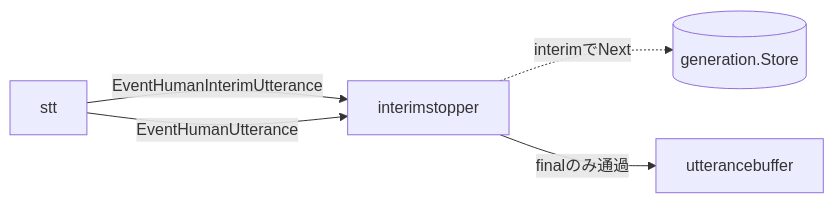
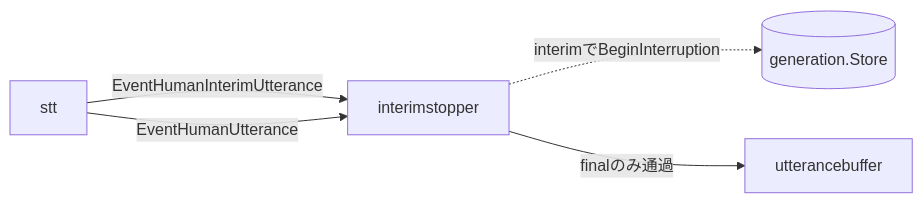
The diagram in docs/components/interimstopper.md (tetetratra/smart-speaker), drawn with Mermaid before and after one commit. The commit also changed other lines of this file and 6 other files, not shown here.

Commit message:
docs: update VAD interruption flow

````diff
--- a/docs/components/interimstopper.md
+++ b/docs/components/interimstopper.md
@@ -27,7 +27,7 @@
 ```mermaid
 flowchart LR
   STT["stt"] -->|"EventHumanInterimUtterance"| IS["interimstopper"]
   STT -->|"EventHumanUtterance"| IS
-  IS -.->|"interimでNext"| GEN[("generation.Store")]
+  IS -.->|"interimでBeginInterruption"| GEN[("generation.Store")]
   IS -->|"finalのみ通過"| UB["utterancebuffer"]
 ```
````
